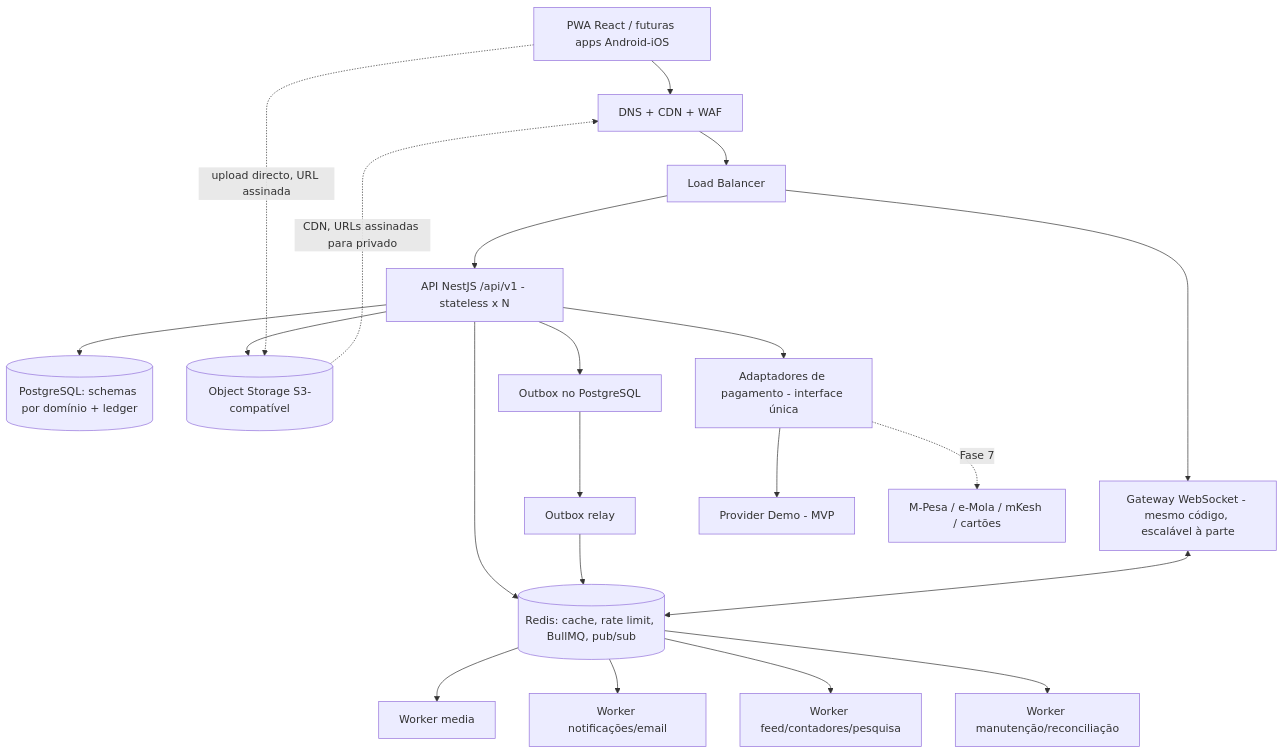
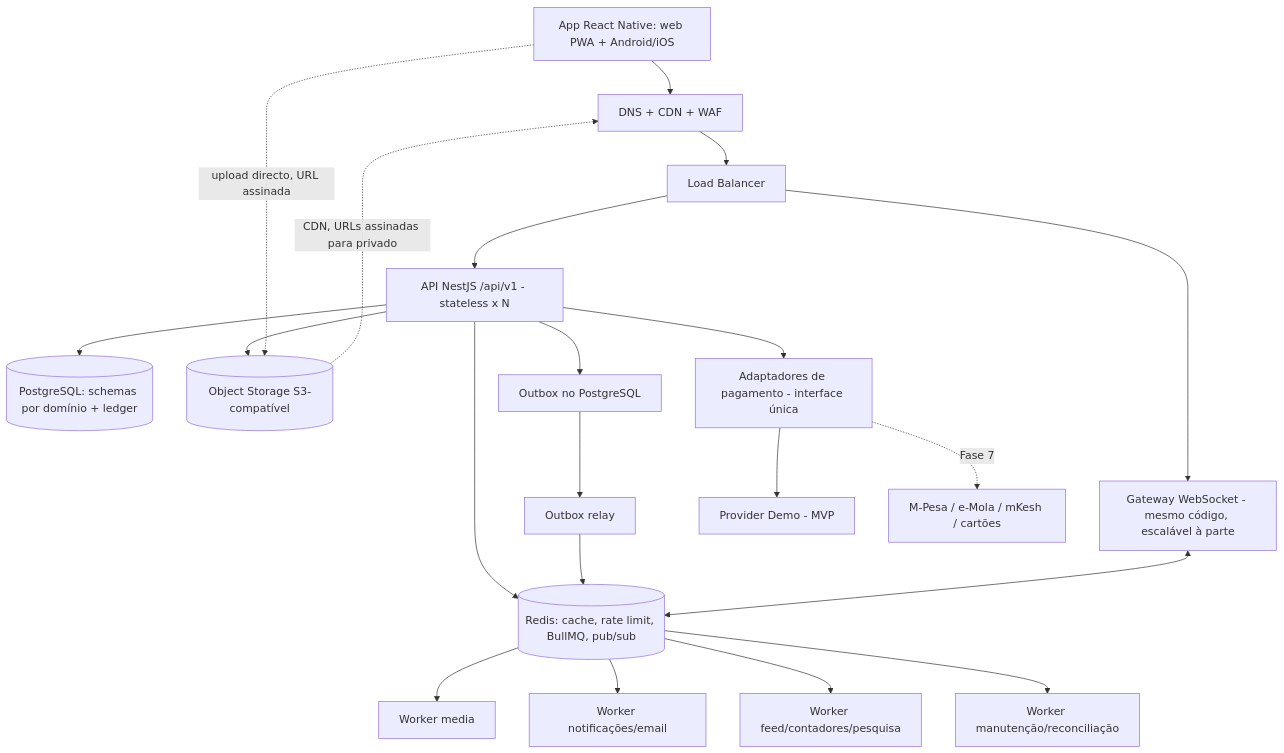
The diagram in docs/ARCHITECTURE.md (dombuque/txillapp), drawn with Mermaid before and after one commit. The commit also changed other lines of this file and 2 other files, not shown here.

Commit message:
Galeria na câmara do iPhone: desliga a câmara enquanto o seletor de fotos está aberto (não devolvia fotos) e aceita qualquer imagem; docs de deploy e arquitetura atualizados ao site React Native

````diff
--- a/docs/ARCHITECTURE.md
+++ b/docs/ARCHITECTURE.md
@@ -7,22 +9,22 @@
 ```mermaid
 flowchart TD
-  C[PWA React / futuras apps Android-iOS] --> E[DNS + CDN + WAF]
+  C[App React Native: web PWA + Android/iOS] --> E[DNS + CDN + WAF]
   E --> LB[Load Balancer]
   LB --> API[API NestJS /api/v1 - stateless x N]
   LB --> WS[Gateway WebSocket - mesmo código, escalável à parte]
   API --> PG[(PostgreSQL: schemas por domínio + ledger)]
   API --> R[(Redis: cache, rate limit, BullMQ, pub/sub)]
   API --> S3[(Object Storage S3-compatível)]
   C -. upload directo, URL assinada .-> S3
   S3 -. CDN, URLs assinadas para privado .-> E
   API --> OB[Outbox no PostgreSQL]
   OB --> RELAY[Outbox relay] --> R
   R --> W1[Worker media]
   R --> W2[Worker notificações/email]
   R --> W3[Worker feed/contadores/pesquisa]
   R --> W4[Worker manutenção/reconciliação]
   API --> PAY[Adaptadores de pagamento - interface única]
   PAY --> DEMO[Provider Demo - MVP]
   PAY -. Fase 7 .-> REAL[M-Pesa / e-Mola / mKesh / cartões]
   WS <--> R
 ```
````
